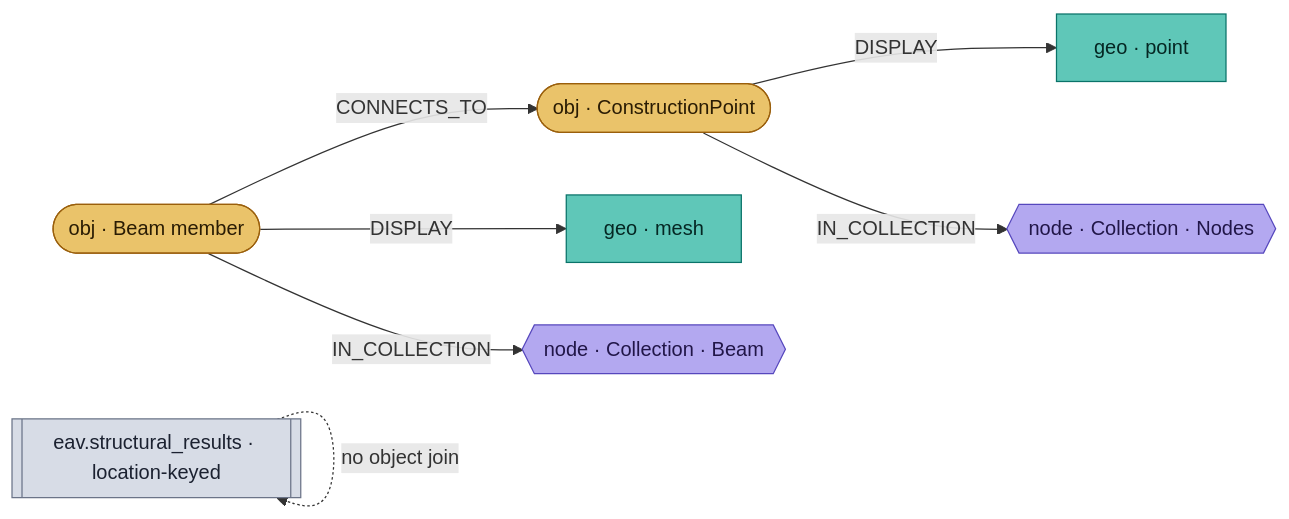
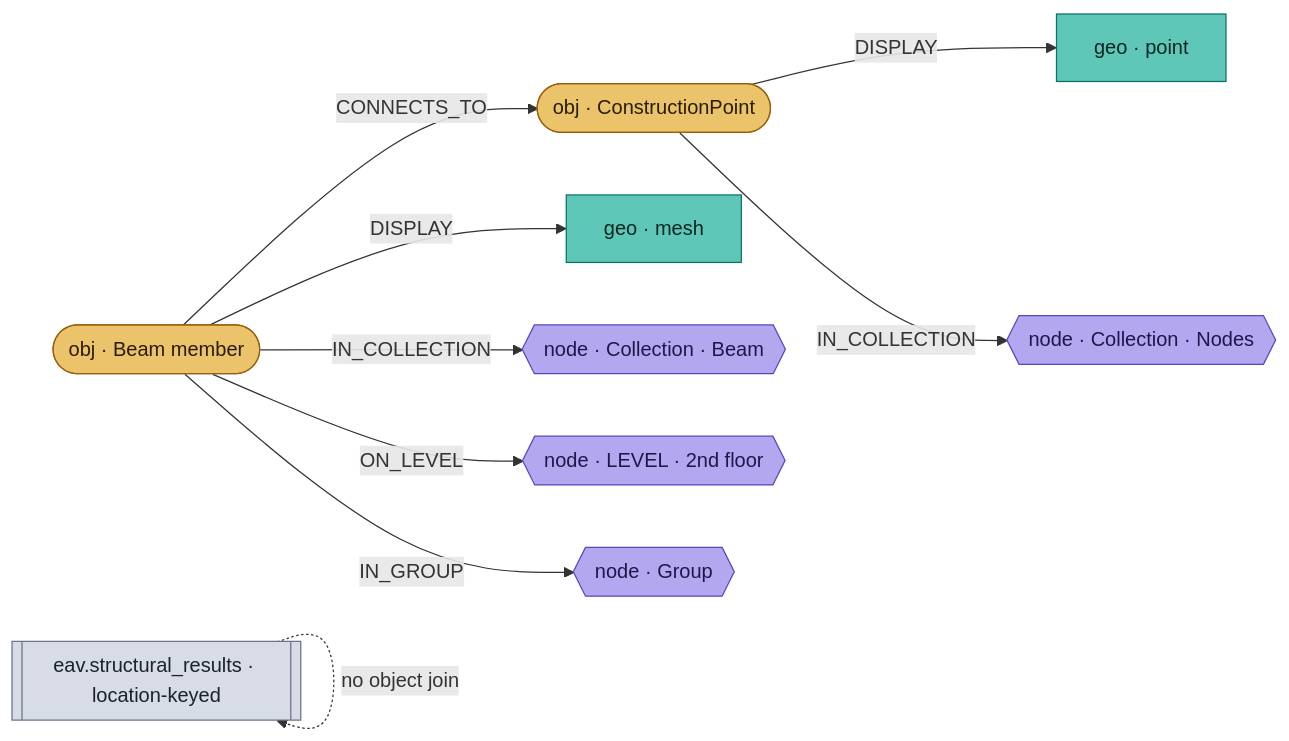
Diagram 19 of 19 in docs/connector-relations.md (specklesystems/speckle-sharp-connectors), drawn with Mermaid before and after one commit. The commit also changed other lines of this file and 3 other files, not shown here.

````diff
--- a/docs/connector-relations.md
+++ b/docs/connector-relations.md
@@ -579,20 +579,24 @@
 ```mermaid
 graph LR
   MB([obj · Beam member]):::obj
   N1([obj · ConstructionPoint]):::obj
   M[geo · mesh]:::geo
   P[geo · point]:::geo
   COL{{node · Collection · Beam}}:::nd
   NODES{{node · Collection · Nodes}}:::nd
+  LVL{{node · LEVEL · 2nd floor}}:::nd
+  GRP{{node · Group}}:::nd
   RES[[eav.structural_results · location-keyed]]:::file
   MB -->|DISPLAY| M
   MB -->|IN_COLLECTION| COL
   MB -->|CONNECTS_TO| N1
+  MB -->|ON_LEVEL| LVL
+  MB -->|IN_GROUP| GRP
   N1 -->|DISPLAY| P
   N1 -->|IN_COLLECTION| NODES
   RES -.->|no object join| RES
   classDef obj fill:#eac36a,stroke:#9a5f0c,color:#2a1c04;
   classDef geo fill:#5fc7b8,stroke:#0a7369,color:#052723;
   classDef nd fill:#b3a8f0,stroke:#5647bd,color:#211648;
   classDef file fill:#d7dce6,stroke:#6b7488,color:#1b2130;
 ```
````
